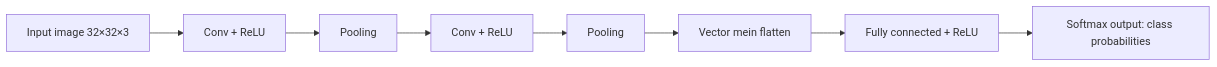
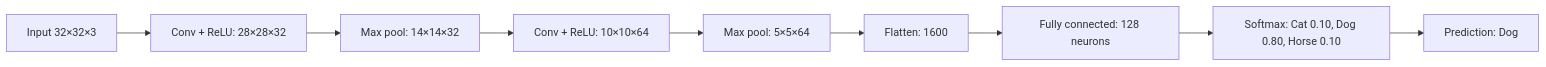
One commit to TrendySloth1001/sem-seven-notes changed the fourth of 4 diagrams in content/deep-learning/notes/cnn.hi.mdx. Above: the diagram before and after it, drawn with Mermaid. The commit also changed other lines of this file and 23 other files, not shown here.

````diff
--- a/content/deep-learning/notes/cnn.hi.mdx
+++ b/content/deep-learning/notes/cnn.hi.mdx
@@ -572,11 +885,12 @@
 ```mermaid
-%% caption: CNN ka usual layout. Left part (convolution, ReLU, pooling, repeat) features nikaalta hai. Right part (flatten, fully connected, softmax) unhe classify karta hai.
+%% caption: Class ka basic CNN, har step ke baad data ki shape ke saath. Left part features nikalta hai; right part classify karta hai.
 flowchart LR
-  A["Input image 32×32×3"] --> B["Conv + ReLU"]
-  B --> C["Pooling"]
-  C --> D["Conv + ReLU"]
-  D --> E["Pooling"]
-  E --> F["Vector mein flatten"]
-  F --> G["Fully connected + ReLU"]
-  G --> H["Softmax output: class probabilities"]
+  A["Input 32×32×3"] --> B["Conv + ReLU: 28×28×32"]
+  B --> C["Max pool: 14×14×32"]
+  C --> D["Conv + ReLU: 10×10×64"]
+  D --> E["Max pool: 5×5×64"]
+  E --> F["Flatten: 1600"]
+  F --> G["Fully connected: 128 neurons"]
+  G --> H["Softmax: Cat 0.10, Dog 0.80, Horse 0.10"]
+  H --> I["Prediction: Dog"]
 ```
````
